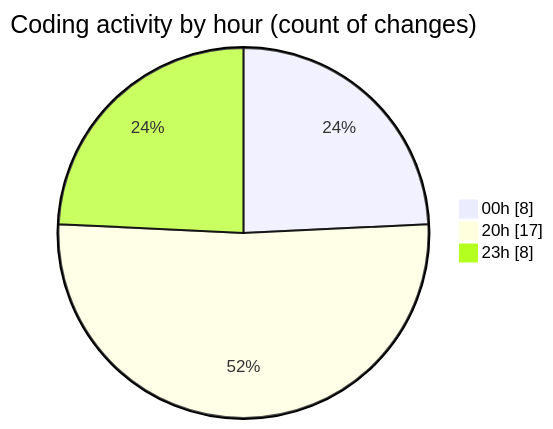
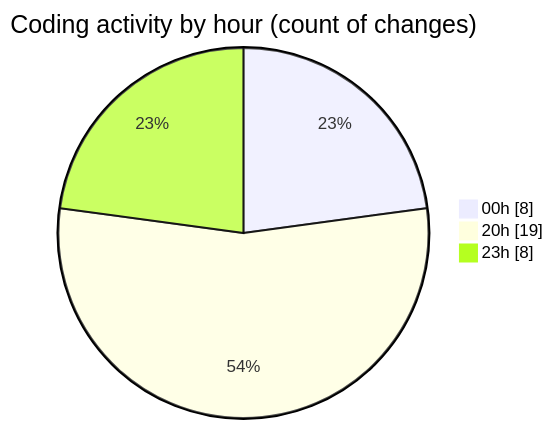
One commit to Netris89/code-tracking changed the second of 2 diagrams in 2025-10-16/skintrack/README.md. Above: the diagram before and after it, drawn with Mermaid. The commit also changed other lines of this file and 1 other file, not shown here.

````diff
--- a/2025-10-16/skintrack/README.md
+++ b/2025-10-16/skintrack/README.md
@@ -34,7 +34,7 @@
 ```mermaid
 pie showData
 title Coding activity by hour (count of changes)
 "00h" : 8
-"20h" : 17
+"20h" : 19
 "23h" : 8
 ```
````
